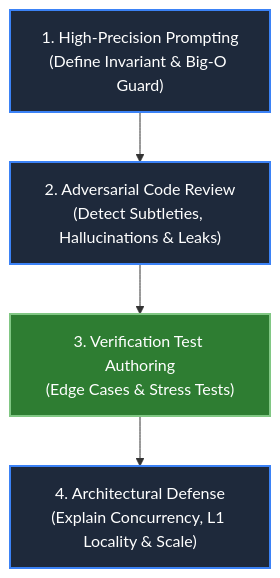
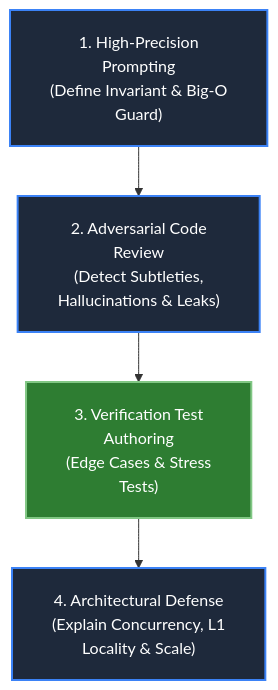
Diagram 12 of 19 in Senior_dsa_question_list.md (dip4k/DSA_102), drawn with Mermaid before and after one commit. The commit also changed other lines of this file and 108 other files, not shown here.

First line of the commit message:
fix(mermaid): resolve diagram clipping, padding, and syntax issues across repo

````diff
--- a/Senior_dsa_question_list.md
+++ b/Senior_dsa_question_list.md
@@ -398,12 +409,13 @@
 ```mermaid
+%%{init: {"flowchart": {"htmlLabels": true, "padding": 20}}}%%
 flowchart TD
     classDef phase fill:#1e293b,stroke:#3b82f6,stroke-width:2px,color:#ffffff
     classDef highlight fill:#2e7d32,stroke:#81c784,stroke-width:2px,color:#ffffff
 
-    A1["1. High-Precision Prompting<br/>(Define Invariant & Big-O Guard)"]:::phase
-    A2["2. Adversarial Code Review<br/>(Detect Subtleties, Hallucinations & Leaks)"]:::phase
-    A3["3. Verification Test Authoring<br/>(Edge Cases & Stress Tests)"]:::highlight
-    A4["4. Architectural Defense<br/>(Explain Concurrency, L1 Locality & Scale)"]:::phase
+    A1["1. High-Precision<br/>Prompting<br/>(Define Invariant & Big-O<br/>Guard)"]:::phase
+    A2["2. Adversarial Code<br/>Review<br/>(Detect Subtleties,<br/>Hallucinations & Leaks)"]:::phase
+    A3["3. Verification Test<br/>Authoring<br/>(Edge Cases & Stress<br/>Tests)"]:::highlight
+    A4["4. Architectural Defense<br/>(Explain Concurrency, L1<br/>Locality & Scale)"]:::phase
 
     A1 --> A2 --> A3 --> A4
 ```
````
